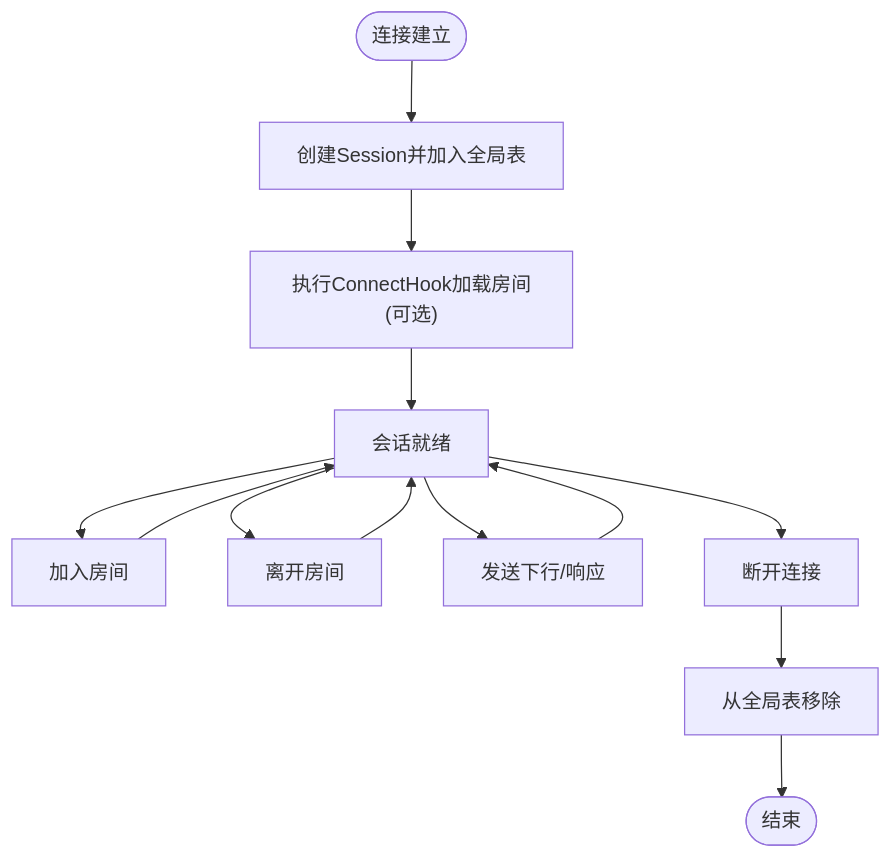
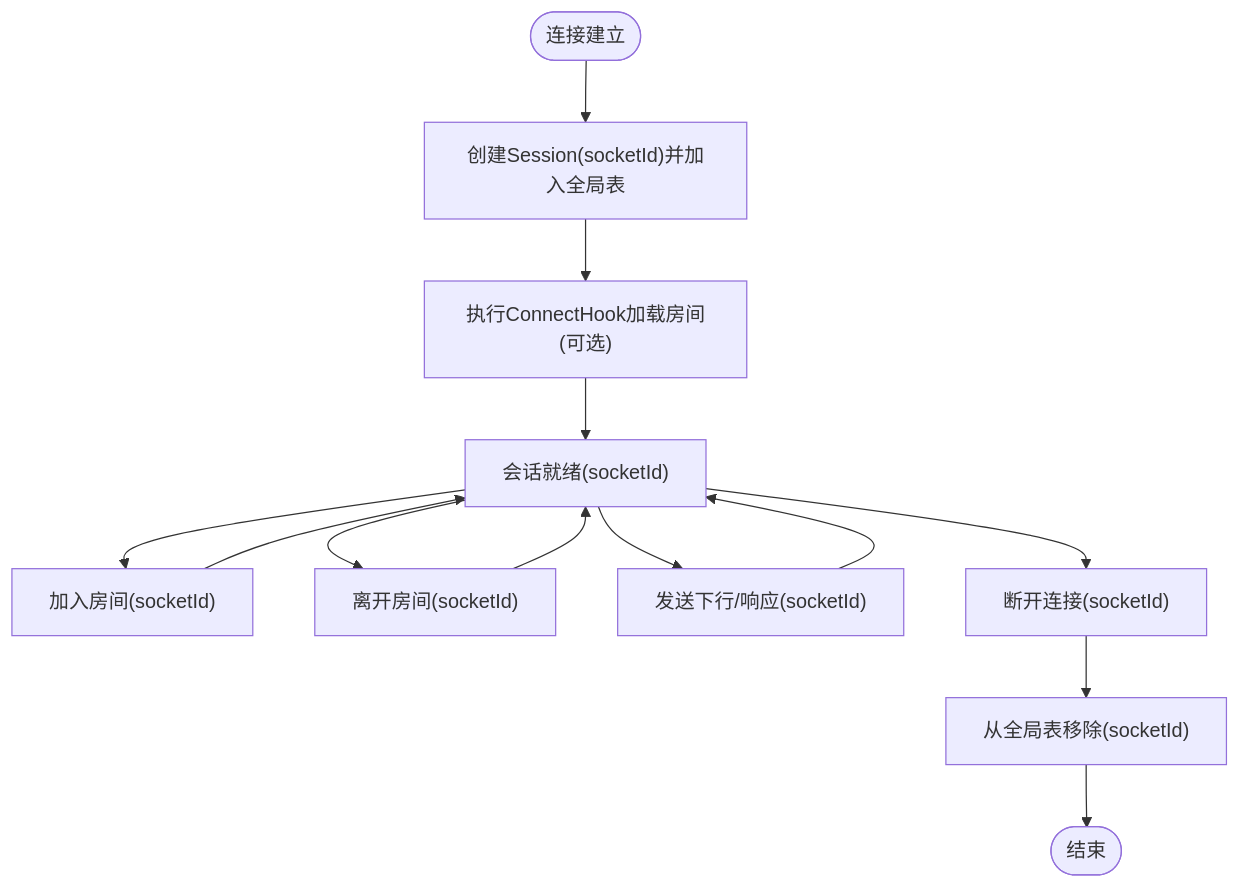
One commit to maomao94/zero-service changed the fourth of 7 diagrams in .qoder/repowiki/zh/content/系统架构设计/服务通信机制/SocketIO实时通信/SocketIO服务器架构.md. Above: the diagram before and after it, drawn with Mermaid. The commit also changed other lines of this file and 15 other files, not shown here.

````diff
--- a/.qoder/repowiki/zh/content/系统架构设计/服务通信机制/SocketIO实时通信/SocketIO服务器架构.md
+++ b/.qoder/repowiki/zh/content/系统架构设计/服务通信机制/SocketIO实时通信/SocketIO服务器架构.md
@@ -189,15 +204,15 @@
 ```mermaid
 flowchart TD
-Start(["连接建立"]) --> Init["创建Session并加入全局表"]
+Start(["连接建立"]) --> Init["创建Session(socketId)并加入全局表"]
 Init --> LoadRooms["执行ConnectHook加载房间(可选)"]
-LoadRooms --> Ready["会话就绪"]
-Ready --> Join["加入房间"]
-Ready --> Leave["离开房间"]
-Ready --> Send["发送下行/响应"]
+LoadRooms --> Ready["会话就绪(socketId)"]
+Ready --> Join["加入房间(socketId)"]
+Ready --> Leave["离开房间(socketId)"]
+Ready --> Send["发送下行/响应(socketId)"]
 Join --> Ready
 Leave --> Ready
 Send --> Ready
-Ready --> Disconnect["断开连接"]
-Disconnect --> Clean["从全局表移除"]
+Ready --> Disconnect["断开连接(socketId)"]
+Disconnect --> Clean["从全局表移除(socketId)"]
 Clean --> End(["结束"])
 ```
````
